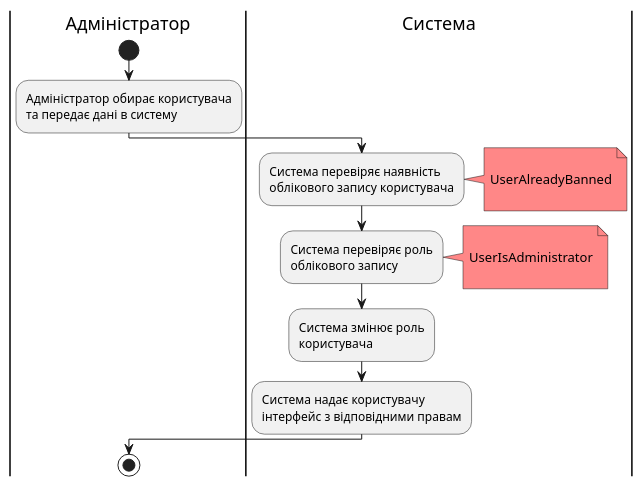
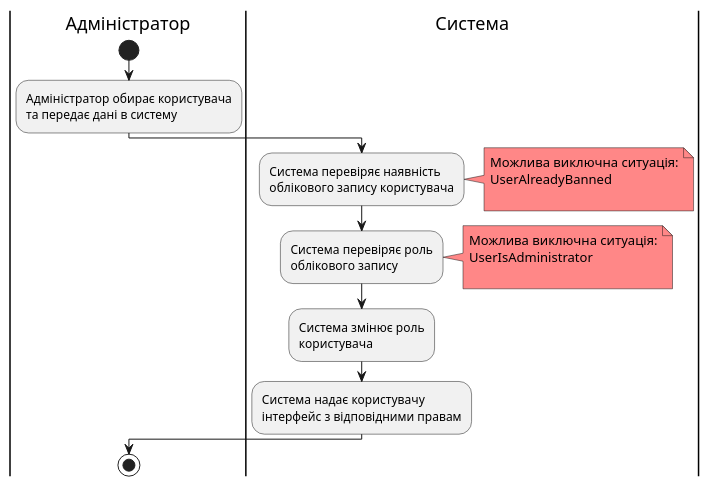
The tenth of 11 diagrams in docs/use cases/README.md (self-deception-at-its-finest/db-labs-IO24-team3), drawn with PlantUML before and after one commit. The commit also changed other lines of this file and 2 other files, not shown here.

```diff
--- a/docs/use cases/README.md
+++ b/docs/use cases/README.md
@@ -388,24 +388,24 @@
 @startuml
 
 |Адміністратор|
 start;
 :Адміністратор обирає користувача\nта передає дані в систему;
 |Система|
 :Система перевіряє наявність\nоблікового запису користувача;
 note right #ff8787
-
+    Можлива виключна ситуація:
     UserAlreadyBanned
 
     end note
     :Система перевіряє роль\nоблікового запису;
     note right #ff8787
-
+    Можлива виключна ситуація:
     UserIsAdministrator
 
     end note
     :Система змінює роль\nкористувача;
     :Система надає користувачу\nінтерфейс з відповідними правам;
 |Адміністратор|
 stop;
 
 @enduml
```
